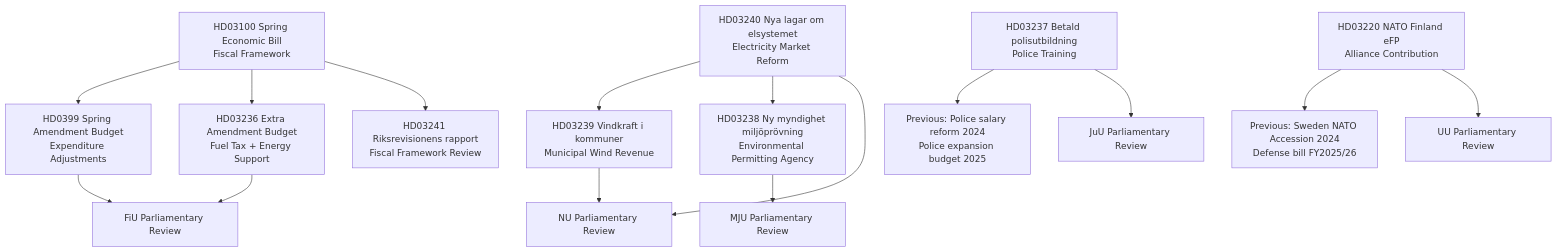
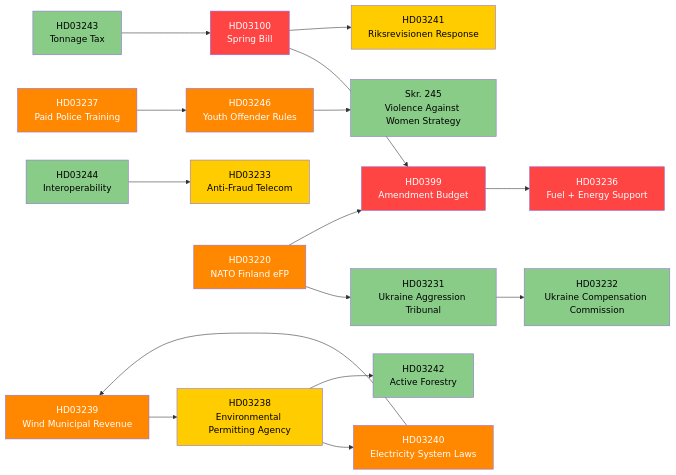
The diagram in analysis/daily/2026-04-20/propositions/cross-reference-map.md (Hack23/riksdagsmonitor), drawn with Mermaid before and after one commit. The commit also changed other lines of this file and 15 other files, not shown here.

````diff
--- a/analysis/daily/2026-04-20/propositions/cross-reference-map.md
+++ b/analysis/daily/2026-04-20/propositions/cross-reference-map.md
@@ -9,21 +16,31 @@
 ```mermaid
-graph TD
-    A[HD03100 Spring Economic Bill<br/>Fiscal Framework] --> B[HD0399 Spring Amendment Budget<br/>Expenditure Adjustments]
-    A --> C[HD03236 Extra Amendment Budget<br/>Fuel Tax + Energy Support]
-    A --> D[HD03241 Riksrevisionens rapport<br/>Fiscal Framework Review]
+graph LR
+    SPRING_BILL[HD03100<br/>Spring Bill] --> AMENDBUDG[HD0399<br/>Amendment Budget]
+    AMENDBUDG --> ENERGYPKG[HD03236<br/>Fuel + Energy Support]
+    SPRING_BILL --> RR[HD03241<br/>Riksrevisionen Response]
     
-    E[HD03240 Nya lagar om elsystemet<br/>Electricity Market Reform] --> F[HD03239 Vindkraft i kommuner<br/>Municipal Wind Revenue]
-    E --> G[HD03238 Ny myndighet miljöprövning<br/>Environmental Permitting Agency]
+    POLICEPAY[HD03237<br/>Paid Police Training] --> YOUTHCRIM[HD03246<br/>Youth Offender Rules]
+    YOUTHCRIM --> WOMENSAFE[Skr. 245<br/>Violence Against Women Strategy]
     
-    H[HD03237 Betald polisutbildning<br/>Police Training] --> I[Previous: Police salary reform 2024<br/>Police expansion budget 2025]
+    WINDCOMP[HD03239<br/>Wind Municipal Revenue] --> ENVAGENCY[HD03238<br/>Environmental Permitting Agency]
+    ENVAGENCY --> ELECTRICLAW[HD03240<br/>Electricity System Laws]
+    ELECTRICLAW --> WINDCOMP
+    ENVAGENCY --> FORESTRY[HD03242<br/>Active Forestry]
     
-    J[HD03220 NATO Finland eFP<br/>Alliance Contribution] --> K[Previous: Sweden NATO Accession 2024<br/>Defense bill FY2025/26]
+    NATOeFP[HD03220<br/>NATO Finland eFP] --> UKRAINETRIB[HD03231<br/>Ukraine Aggression Tribunal]
+    UKRAINETRIB --> UKRAINEACC[HD03232<br/>Ukraine Compensation Commission]
+    NATOeFP --> AMENDBUDG
     
-    B --> L[FiU Parliamentary Review]
-    C --> L
-    E --> M[NU Parliamentary Review]
-    F --> M
-    G --> N[MJU Parliamentary Review]
-    H --> O[JuU Parliamentary Review]
-    J --> P[UU Parliamentary Review]
+    DIGITAL[HD03244<br/>Interoperability] --> FRAUDLAW[HD03233<br/>Anti-Fraud Telecom]
+    TONNAGE[HD03243<br/>Tonnage Tax] --> SPRING_BILL
+    
+    classDef critical fill:#ff4444,color:#fff
+    classDef high fill:#ff8800,color:#fff
+    classDef medium fill:#ffcc00,color:#000
+    classDef low fill:#88cc88,color:#000
+    
+    class SPRING_BILL,AMENDBUDG,ENERGYPKG critical
+    class POLICEPAY,YOUTHCRIM,NATOeFP,WINDCOMP,ELECTRICLAW high
+    class ENVAGENCY,FRAUDLAW,RR medium
+    class DIGITAL,TONNAGE,FORESTRY,WOMENSAFE,UKRAINETRIB,UKRAINEACC low
 ```
````
